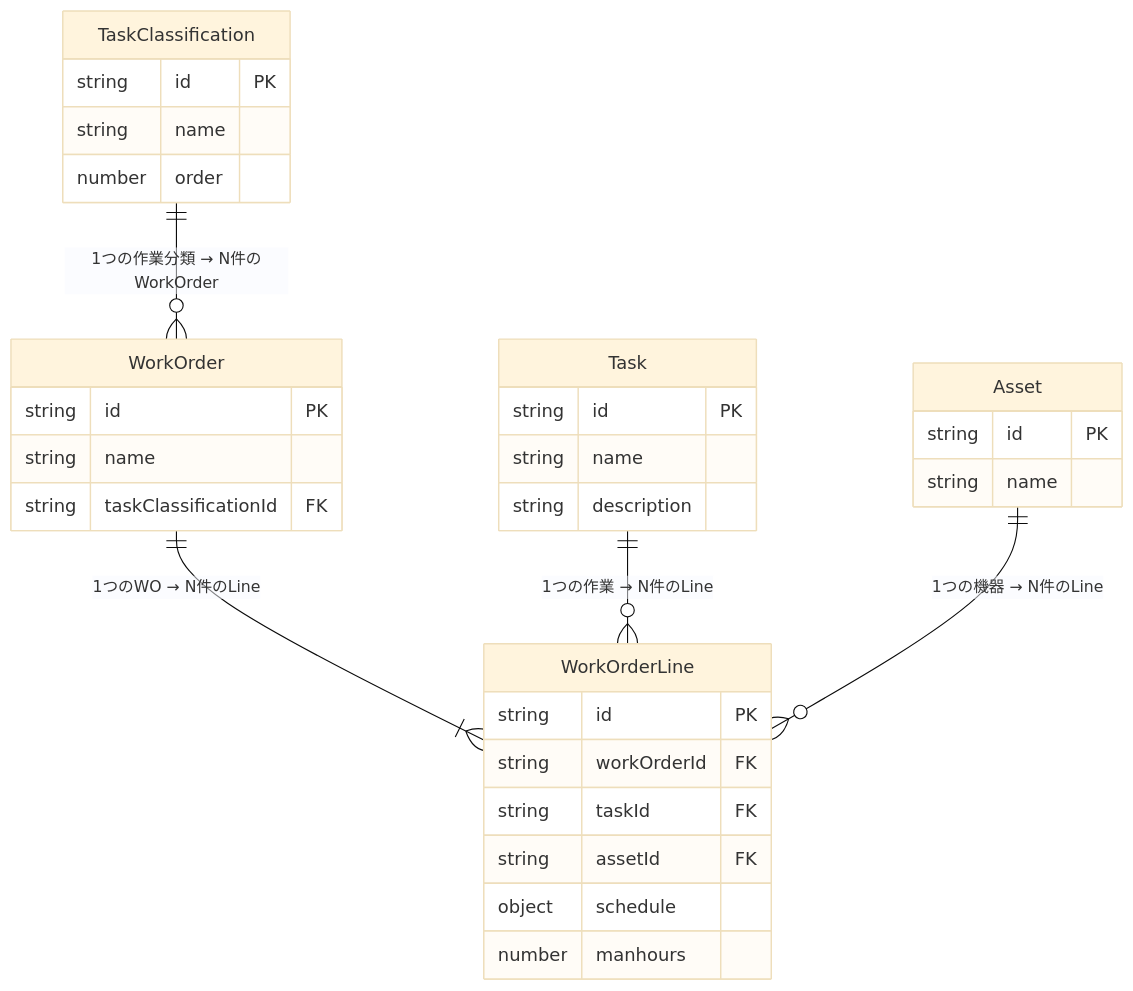
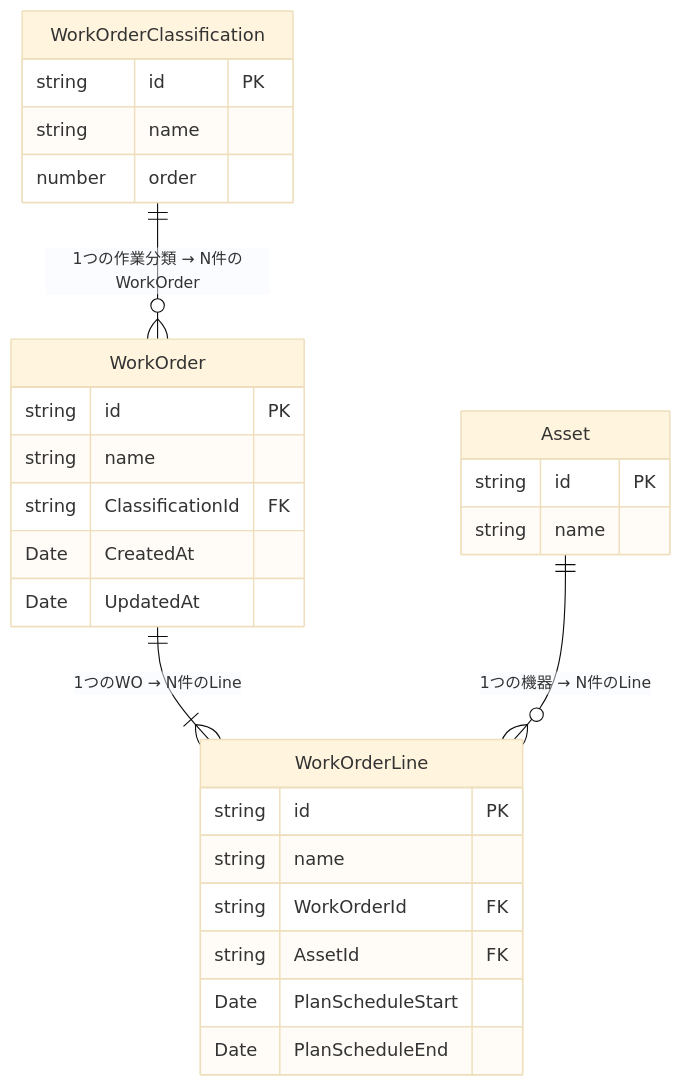
The first of 3 diagrams in docs/DATABASE_STRUCTURE.md (woodygaragelab/hoshutaro), drawn with Mermaid (base theme) before and after one commit. The commit also changed other lines of this file and 140 other files, not shown here.

Commit message:
Refactor: Streamline Work Order Dialog UI and purge legacy components & debug logs

````diff
--- a/docs/DATABASE_STRUCTURE.md
+++ b/docs/DATABASE_STRUCTURE.md
@@ -341,39 +287,34 @@
 ```mermaid
 erDiagram
-    TaskClassification ||--o{ WorkOrder : "1つの作業分類 → N件のWorkOrder"
+    WorkOrderClassification ||--o{ WorkOrder : "1つの作業分類 → N件のWorkOrder"
     WorkOrder ||--|{ WorkOrderLine : "1つのWO → N件のLine"
-    Task ||--o{ WorkOrderLine : "1つの作業 → N件のLine"
     Asset ||--o{ WorkOrderLine : "1つの機器 → N件のLine"
 
-    TaskClassification {
+    WorkOrderClassification {
         string id PK
         string name
         number order
     }
 
     WorkOrder {
         string id PK
         string name
-        string taskClassificationId FK
+        string ClassificationId FK
+        Date CreatedAt
+        Date UpdatedAt
     }
 
     WorkOrderLine {
         string id PK
-        string workOrderId FK
-        string taskId FK
-        string assetId FK
-        object schedule
-        number manhours
-    }
-
-    Task {
-        string id PK
         string name
-        string description
+        string WorkOrderId FK
+        string AssetId FK
+        Date PlanScheduleStart
+        Date PlanScheduleEnd
     }
 
     Asset {
         string id PK
         string name
     }
 ```
````
